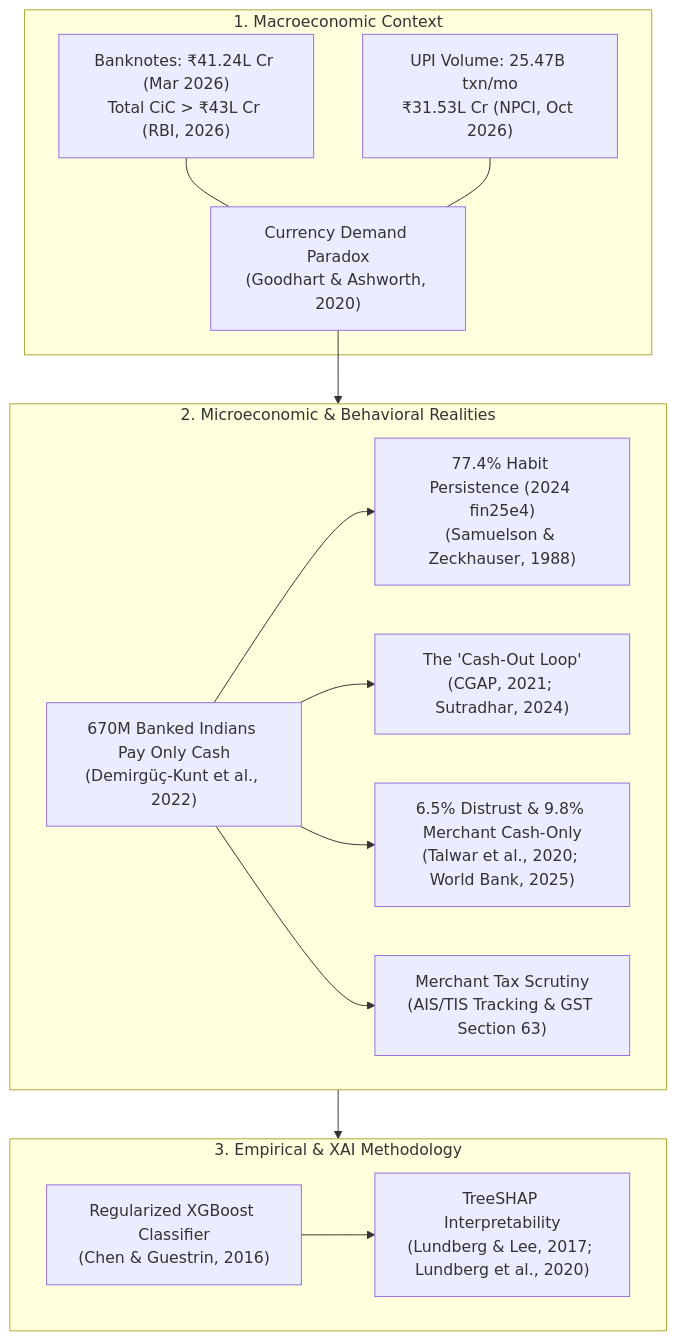
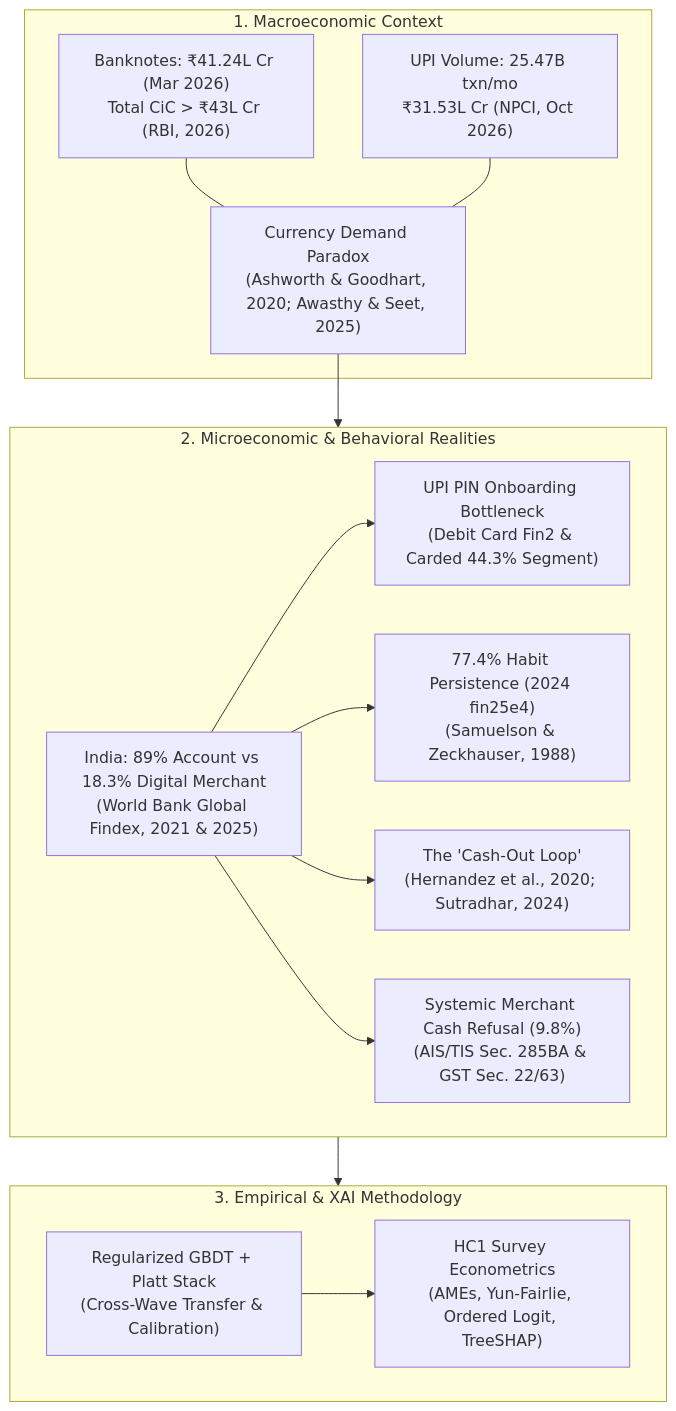
Before and after one commit to aryawadhwa/pomeel: the diagram in paper/RESEARCH_PAPER.md, drawn with Mermaid. The commit also changed other lines of this file and 42 other files, not shown here.

````diff
--- a/paper/RESEARCH_PAPER.md
+++ b/paper/RESEARCH_PAPER.md
@@ -41,31 +32,31 @@
 ```mermaid
 flowchart TD
     subgraph Macro [1. Macroeconomic Context]
         CiC["Banknotes: ₹41.24L Cr (Mar 2026)<br/>Total CiC > ₹43L Cr (RBI, 2026)"]
         UPI["UPI Volume: 25.47B txn/mo<br/>₹31.53L Cr (NPCI, Oct 2026)"]
-        Paradox["Currency Demand Paradox<br/>(Goodhart & Ashworth, 2020)"]
+        Paradox["Currency Demand Paradox<br/>(Ashworth & Goodhart, 2020; Awasthy & Seet, 2025)"]
         CiC --- Paradox
         UPI --- Paradox
     end
 
     subgraph Micro [2. Microeconomic & Behavioral Realities]
-        Findex["670M Banked Indians Pay Only Cash<br/>(Demirgüç-Kunt et al., 2022)"]
+        Findex["India: 89% Account vs 18.3% Digital Merchant<br/>(World Bank Global Findex, 2021 & 2025)"]
+        Card["UPI PIN Onboarding Bottleneck<br/>(Debit Card Fin2 & Carded 44.3% Segment)"]
         Habit["77.4% Habit Persistence (2024 fin25e4)<br/>(Samuelson & Zeckhauser, 1988)"]
-        Loop["The 'Cash-Out Loop'<br/>(CGAP, 2021; Sutradhar, 2024)"]
-        Trust["6.5% Distrust & 9.8% Merchant Cash-Only<br/>(Talwar et al., 2020; World Bank, 2025)"]
-        Tax["Merchant Tax Scrutiny<br/>(AIS/TIS Tracking & GST Section 63)"]
+        Loop["The 'Cash-Out Loop'<br/>(Hernandez et al., 2020; Sutradhar, 2024)"]
+        Tax["Systemic Merchant Cash Refusal (9.8%)<br/>(AIS/TIS Sec. 285BA & GST Sec. 22/63)"]
+        Findex --> Card
         Findex --> Habit
         Findex --> Loop
-        Findex --> Trust
         Findex --> Tax
     end
 
     subgraph Method [3. Empirical & XAI Methodology]
-        XGB["Regularized XGBoost Classifier<br/>(Chen & Guestrin, 2016)"]
-        SHAP["TreeSHAP Interpretability<br/>(Lundberg & Lee, 2017; Lundberg et al., 2020)"]
-        XGB --> SHAP
+        XGB["Regularized GBDT + Platt Stack<br/>(Cross-Wave Transfer & Calibration)"]
+        ECON["HC1 Survey Econometrics<br/>(AMEs, Yun-Fairlie, Ordered Logit, TreeSHAP)"]
+        XGB --> ECON
     end
 
     Paradox --> Micro
     Micro --> Method
 ```
````
